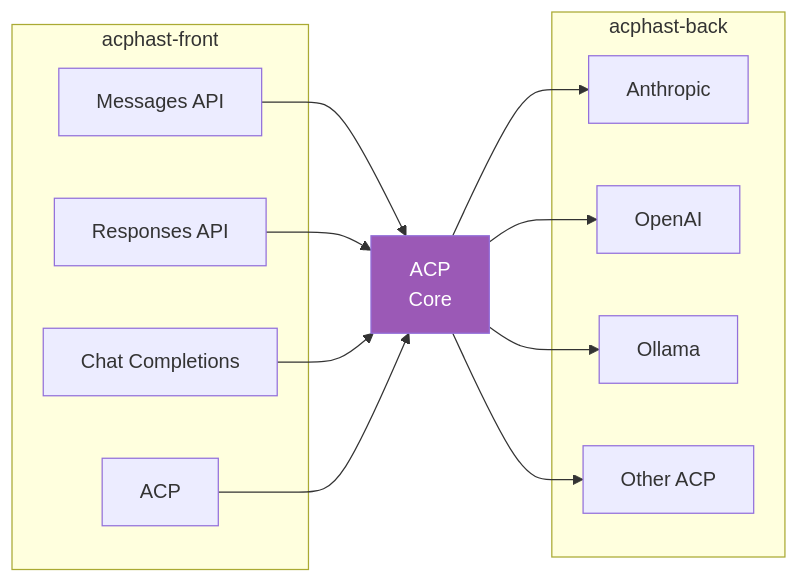
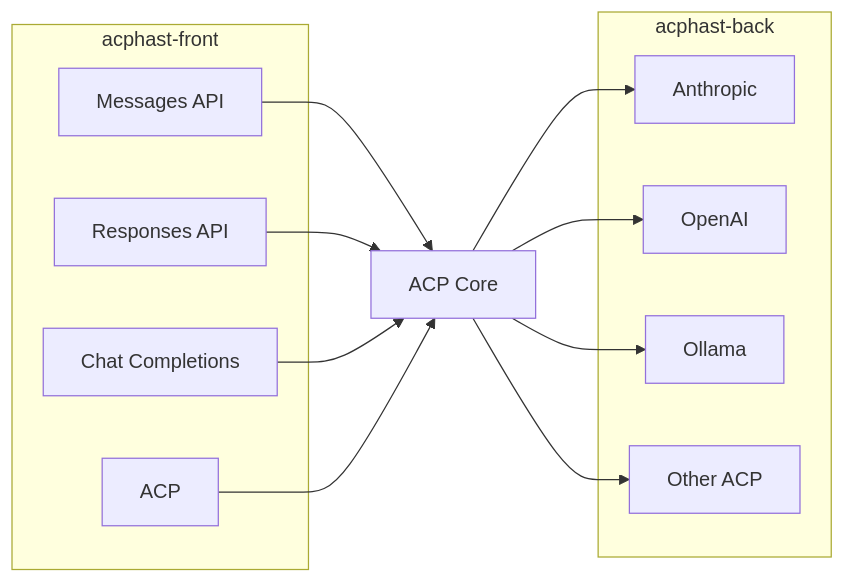
The sixth of 10 diagrams in docs/VISIONIK-AI-ROADMAP.md (visionik/acphast), drawn with Mermaid before and after one commit. The commit also changed other lines of this file, not shown here.

Commit message:
Fix Mermaid: remove colors, fix text in boxes

````diff
--- a/docs/VISIONIK-AI-ROADMAP.md
+++ b/docs/VISIONIK-AI-ROADMAP.md
@@ -214,23 +189,21 @@
 ```mermaid
 flowchart LR
     subgraph Front["acphast-front"]
         M[Messages API]
         R[Responses API]
         C[Chat Completions]
         A[ACP]
     end
     
-    Core["ACP\nCore"]
+    Core["ACP Core"]
     
     subgraph Back["acphast-back"]
         Anthropic
         OpenAI
         Ollama
         OtherACP[Other ACP]
     end
     
     M & R & C & A --> Core
     Core --> Anthropic & OpenAI & Ollama & OtherACP
-    
-    style Core fill:#9b59b6,color:#fff
 ```
````
